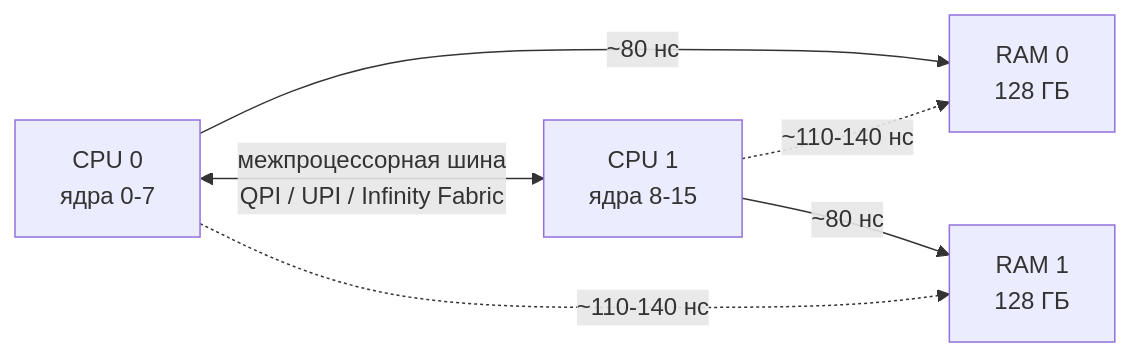
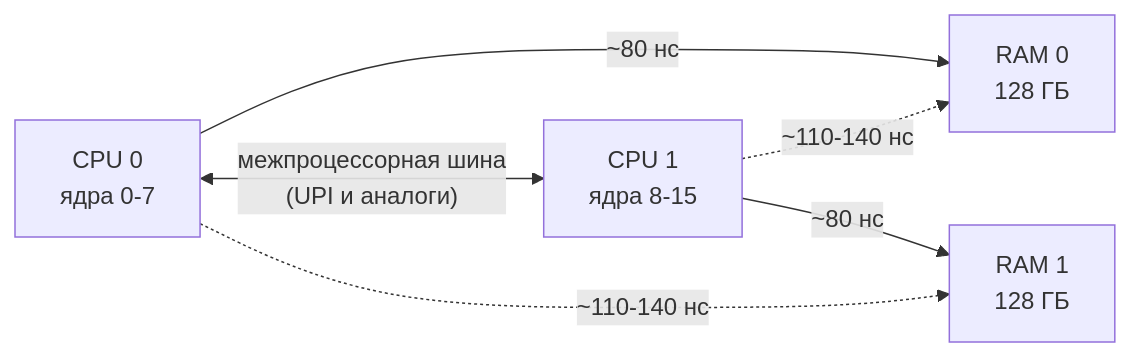
The third of 3 diagrams in computer/data-path/02-ram.md (AlexeyMatskevich/cs-notes), drawn with Mermaid before and after one commit. The commit also changed other lines of this file, not shown here.

````diff
--- a/computer/data-path/02-ram.md
+++ b/computer/data-path/02-ram.md
@@ -242,8 +237,8 @@
 ```mermaid
 flowchart LR
     CPU0["CPU 0<br/>ядра 0-7"] -- "~80 нс" --> RAM0["RAM 0<br/>128 ГБ"]
     CPU1["CPU 1<br/>ядра 8-15"] -- "~80 нс" --> RAM1["RAM 1<br/>128 ГБ"]
-    CPU0 <-- "межпроцессорная шина<br/>QPI / UPI / Infinity Fabric" --> CPU1
+    CPU0 <-- "межпроцессорная шина<br/>(UPI и аналоги)" --> CPU1
     CPU0 -. "~110-140 нс" .-> RAM1
     CPU1 -. "~110-140 нс" .-> RAM0
 ```
````
